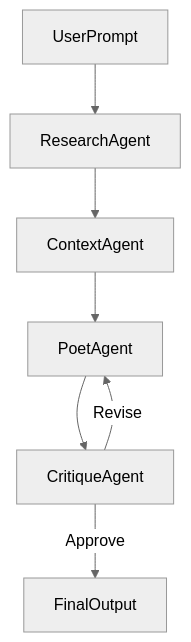
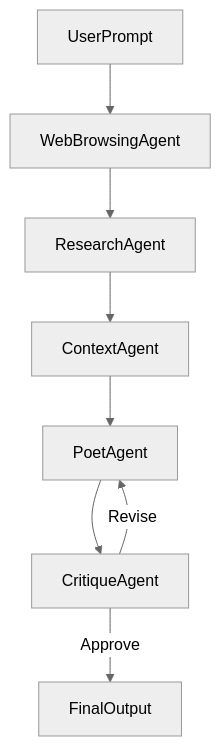
The diagram in README.md (babanomania/the-poet-and-the-sage), drawn with Mermaid (neutral theme) before and after one commit. The commit also changed other lines of this file, not shown here.

`````diff
--- a/README.md
+++ b/README.md
@@ -40,9 +42,10 @@
 ```mermaid
 flowchart TD
-    UserPrompt --> ResearchAgent
+    UserPrompt --> WebBrowsingAgent
+    WebBrowsingAgent --> ResearchAgent
     ResearchAgent --> ContextAgent
     ContextAgent --> PoetAgent
     PoetAgent --> CritiqueAgent
     CritiqueAgent -->|Revise| PoetAgent
     CritiqueAgent -->|Approve| FinalOutput
 ````
`````
